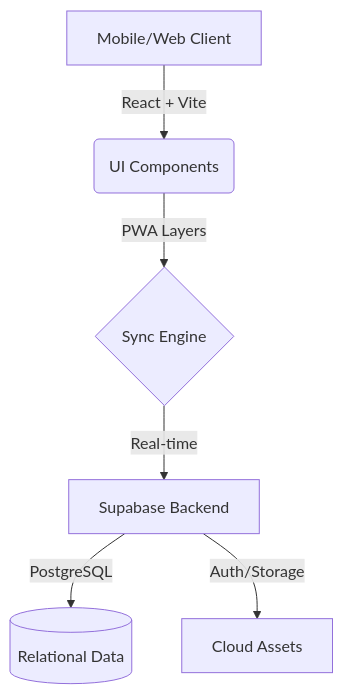
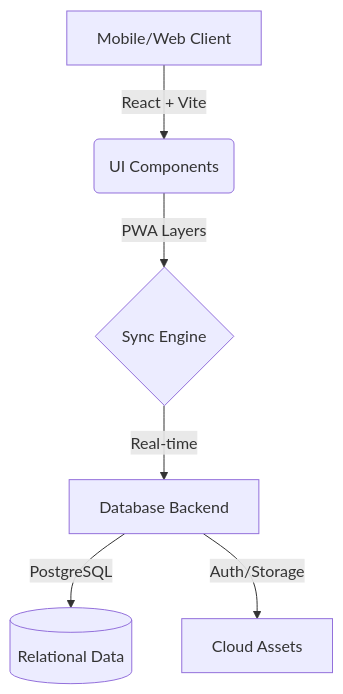
One commit to tommm1207/CDX-2026 changed the diagram in README.md. Above: the diagram before and after it, drawn with Mermaid. The commit also changed other lines of this file, not shown here.

````diff
--- a/README.md
+++ b/README.md
@@ -36,8 +36,8 @@
 ```mermaid
 graph TD
     A[Mobile/Web Client] -->|React + Vite| B(UI Components)
     B -->|PWA Layers| C{Sync Engine}
-    C -->|Real-time| D[Supabase Backend]
+    C -->|Real-time| D[Database Backend]
     D -->|PostgreSQL| E[(Relational Data)]
     D -->|Auth/Storage| F[Cloud Assets]
 ```
````
